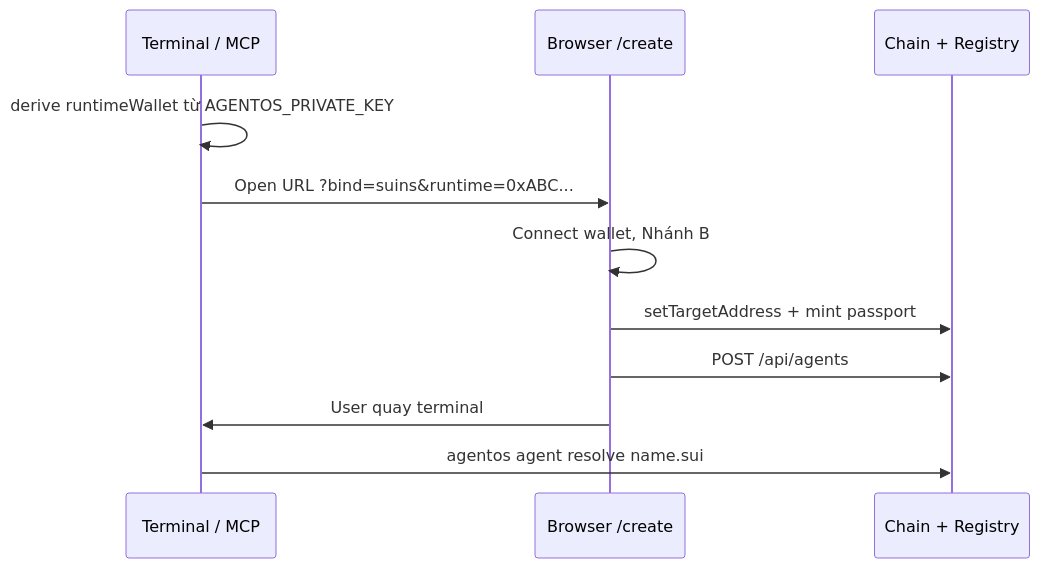
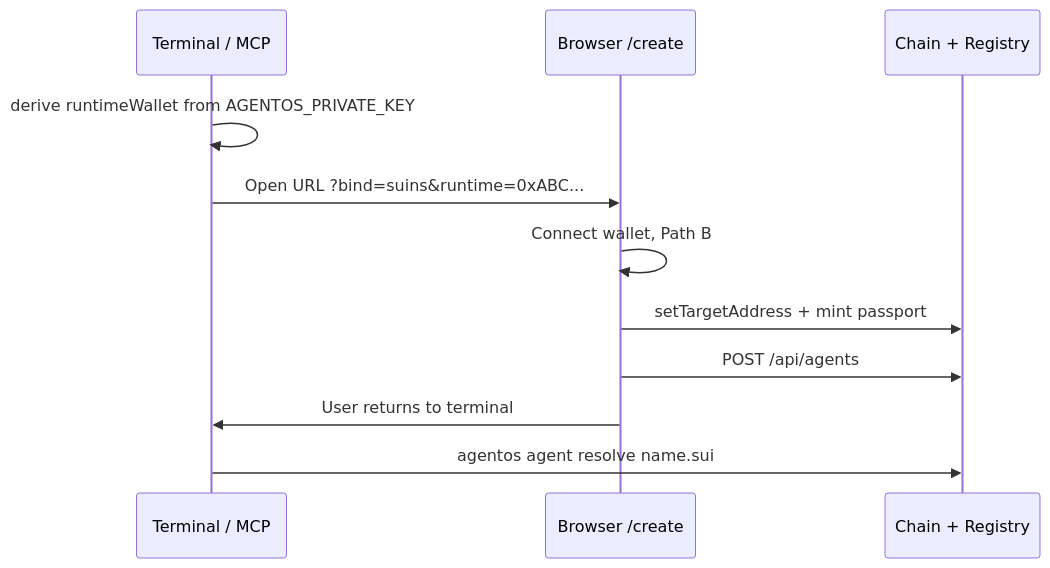
One commit to Huc06/SuiNS-AgentOS changed the diagram in docs/create-agent-ux.md. Above: the diagram before and after it, drawn with Mermaid. The commit also changed other lines of this file and 6 other files, not shown here.

````diff
--- a/docs/create-agent-ux.md
+++ b/docs/create-agent-ux.md
@@ -81,14 +81,14 @@
 ```mermaid
 sequenceDiagram
   participant T as Terminal / MCP
   participant B as Browser /create
   participant C as Chain + Registry
 
-  T->>T: derive runtimeWallet từ AGENTOS_PRIVATE_KEY
+  T->>T: derive runtimeWallet from AGENTOS_PRIVATE_KEY
   T->>B: Open URL ?bind=suins&runtime=0xABC...
-  B->>B: Connect wallet, Nhánh B
+  B->>B: Connect wallet, Path B
   B->>C: setTargetAddress + mint passport
   B->>C: POST /api/agents
-  B->>T: User quay terminal
+  B->>T: User returns to terminal
   T->>C: agentos agent resolve name.sui
 ```
````
